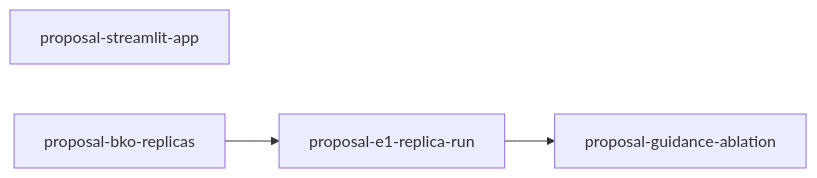
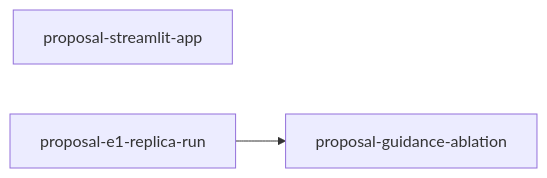
The diagram in tasks/proposal-index.md (joe-dartmouth/synthetic), drawn with Mermaid before and after one commit. The commit also changed other lines of this file and 33 other files, not shown here.

First line of the commit message:
Fill BKO replicas through Haiku 5.5 (proposal-bko-replicas) (#24)

````diff
--- a/tasks/proposal-index.md
+++ b/tasks/proposal-index.md
@@ -18,6 +17,5 @@
 ```mermaid
 flowchart LR
     streamlit_app[proposal-streamlit-app]
-    bko_replicas[proposal-bko-replicas] --> e1_replica_run[proposal-e1-replica-run]
-    e1_replica_run --> guidance_ablation[proposal-guidance-ablation]
+    e1_replica_run[proposal-e1-replica-run] --> guidance_ablation[proposal-guidance-ablation]
 ```
````
